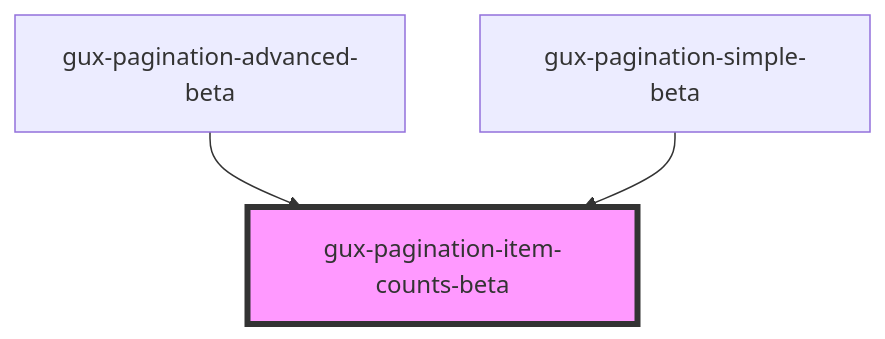
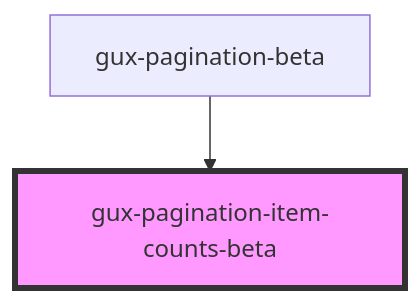
The diagram in src/components/beta/gux-pagination-beta/gux-pagination-item-counts-beta/readme.md (MyPureCloud/genesys-spark), drawn with Mermaid before and after one commit. The commit also changed other lines of this file and 124 other files, not shown here.

Commit message:
feat(gux-pagination-beta): addressed pr feedback

````diff
--- a/src/components/beta/gux-pagination-beta/gux-pagination-item-counts-beta/readme.md
+++ b/src/components/beta/gux-pagination-beta/gux-pagination-item-counts-beta/readme.md
@@ -27,6 +26,5 @@
 ```mermaid
 graph TD;
-  gux-pagination-advanced-beta --> gux-pagination-item-counts-beta
-  gux-pagination-simple-beta --> gux-pagination-item-counts-beta
+  gux-pagination-beta --> gux-pagination-item-counts-beta
   style gux-pagination-item-counts-beta fill:#f9f,stroke:#333,stroke-width:4px
 ```
````
